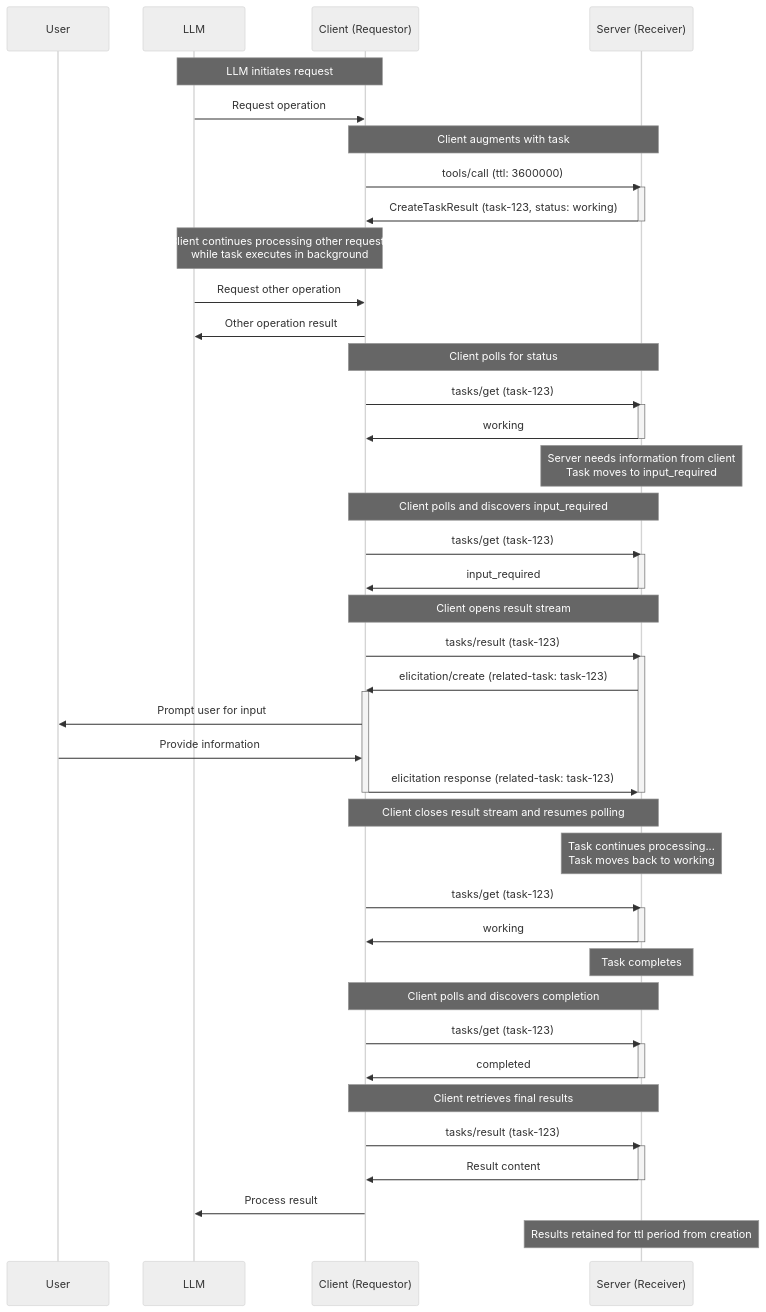
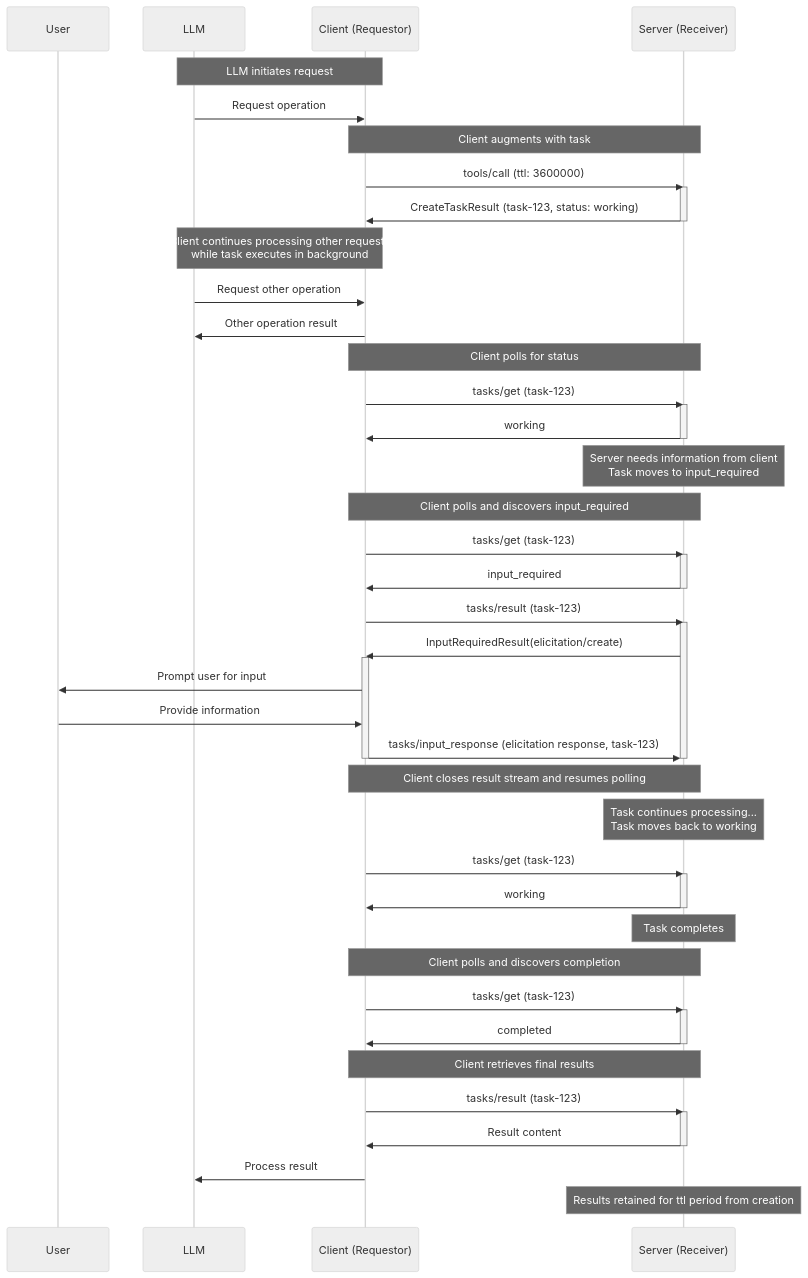
The third of 5 diagrams in 01_Raw/github/modelcontextprotocol/modelcontextprotocol/docs/specification/draft/basic/utilities/tasks.mdx (NickCollect/ai-coding-runbook), drawn with Mermaid (neutral theme) before and after one commit. The commit also changed other lines of this file and 50 other files, not shown here.

````diff
--- a/01_Raw/github/modelcontextprotocol/modelcontextprotocol/docs/specification/draft/basic/utilities/tasks.mdx
+++ b/01_Raw/github/modelcontextprotocol/modelcontextprotocol/docs/specification/draft/basic/utilities/tasks.mdx
@@ -539,71 +596,70 @@
 ```mermaid
 sequenceDiagram
     participant U as User
     participant LLM
     participant C as Client (Requestor)
     participant S as Server (Receiver)
 
     Note over LLM,C: LLM initiates request
     LLM->>C: Request operation
 
     Note over C,S: Client augments with task
     C->>S: tools/call (ttl: 3600000)
     activate S
     S->>C: CreateTaskResult (task-123, status: working)
     deactivate S
 
     Note over LLM,C: Client continues processing other requests<br/>while task executes in background
     LLM->>C: Request other operation
     C->>LLM: Other operation result
 
     Note over C,S: Client polls for status
     C->>S: tasks/get (task-123)
     activate S
     S->>C: working
     deactivate S
 
     Note over S: Server needs information from client<br/>Task moves to input_required
 
     Note over C,S: Client polls and discovers input_required
     C->>S: tasks/get (task-123)
     activate S
     S->>C: input_required
     deactivate S
 
-    Note over C,S: Client opens result stream
     C->>S: tasks/result (task-123)
     activate S
-    S->>C: elicitation/create (related-task: task-123)
+    S->>C: InputRequiredResult(elicitation/create)
     activate C
     C->>U: Prompt user for input
     U->>C: Provide information
-    C->>S: elicitation response (related-task: task-123)
+    C->>S: tasks/input_response (elicitation response, task-123)
     deactivate C
     deactivate S
 
     Note over C,S: Client closes result stream and resumes polling
 
     Note over S: Task continues processing...<br/>Task moves back to working
 
     C->>S: tasks/get (task-123)
     activate S
     S->>C: working
     deactivate S
 
     Note over S: Task completes
 
     Note over C,S: Client polls and discovers completion
     C->>S: tasks/get (task-123)
     activate S
     S->>C: completed
     deactivate S
 
     Note over C,S: Client retrieves final results
     C->>S: tasks/result (task-123)
     activate S
     S->>C: Result content
     deactivate S
     C->>LLM: Process result
 
     Note over S: Results retained for ttl period from creation
 ```
````
